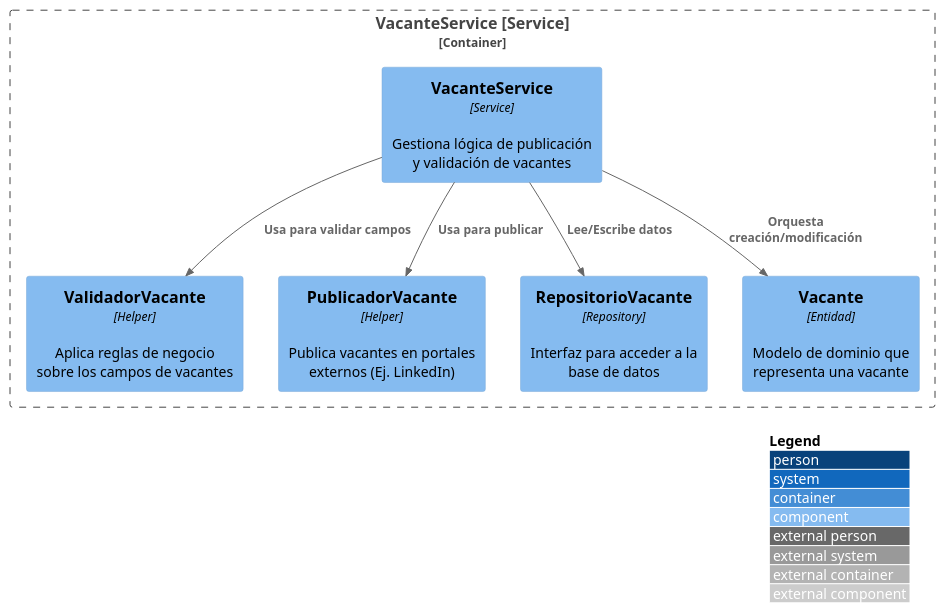
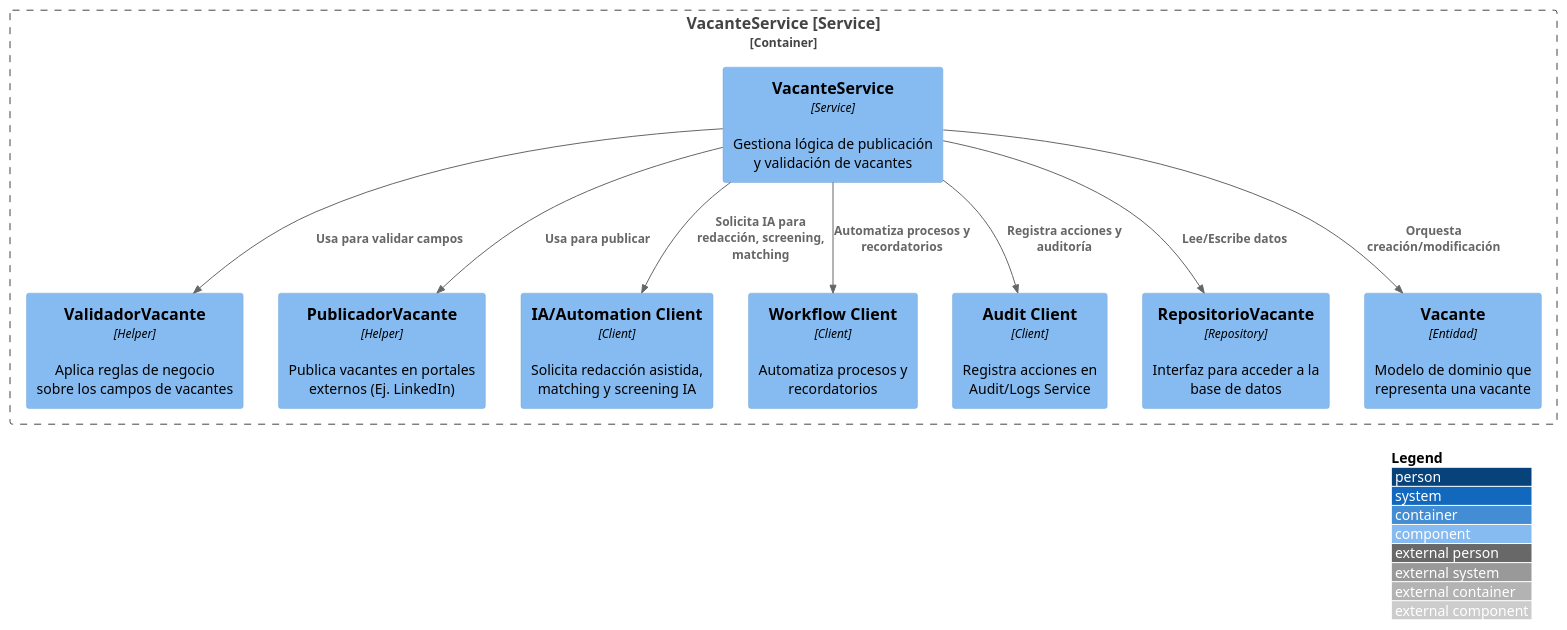
Before and after one commit to LIDR-academy/AI4Devs-design-1-RO-1: the ninth of 9 diagrams in LTI-JFG.md, drawn with PlantUML. The commit also changed other lines of this file, not shown here.

```diff
--- a/LTI-JFG.md
+++ b/LTI-JFG.md
@@ -441,21 +573,26 @@
-@startuml "ATS_VacanteService_Detalle"
+@startuml "ATS_VacanteService_Detalle_Actualizado"
 !include https://raw.githubusercontent.com/plantuml-stdlib/C4-PlantUML/master/C4_Component.puml
 
 LAYOUT_TOP_DOWN()
 LAYOUT_WITH_LEGEND()
 
 Container_Boundary(c1, "VacanteService [Service]") {
-
   Component(VacanteService, "VacanteService", "Service", "Gestiona lógica de publicación y validación de vacantes")
   Component(ValidadorVacante, "ValidadorVacante", "Helper", "Aplica reglas de negocio sobre los campos de vacantes")
   Component(PublicadorVacante, "PublicadorVacante", "Helper", "Publica vacantes en portales externos (Ej. LinkedIn)")
+  Component(IAClient, "IA/Automation Client", "Client", "Solicita redacción asistida, matching y screening IA")
+  Component(WorkflowClient, "Workflow Client", "Client", "Automatiza procesos y recordatorios")
+  Component(AuditClient, "Audit Client", "Client", "Registra acciones en Audit/Logs Service")
   Component(RepositorioVacante, "RepositorioVacante", "Repository", "Interfaz para acceder a la base de datos")
   Component(Vacante, "Vacante", "Entidad", "Modelo de dominio que representa una vacante")
 }
 
 Rel(VacanteService, ValidadorVacante, "Usa para validar campos")
 Rel(VacanteService, PublicadorVacante, "Usa para publicar")
+Rel(VacanteService, IAClient, "Solicita IA para redacción, screening, matching")
+Rel(VacanteService, WorkflowClient, "Automatiza procesos y recordatorios")
+Rel(VacanteService, AuditClient, "Registra acciones y auditoría")
 Rel(VacanteService, RepositorioVacante, "Lee/Escribe datos")
 Rel(VacanteService, Vacante, "Orquesta creación/modificación")
 
 @enduml
```
